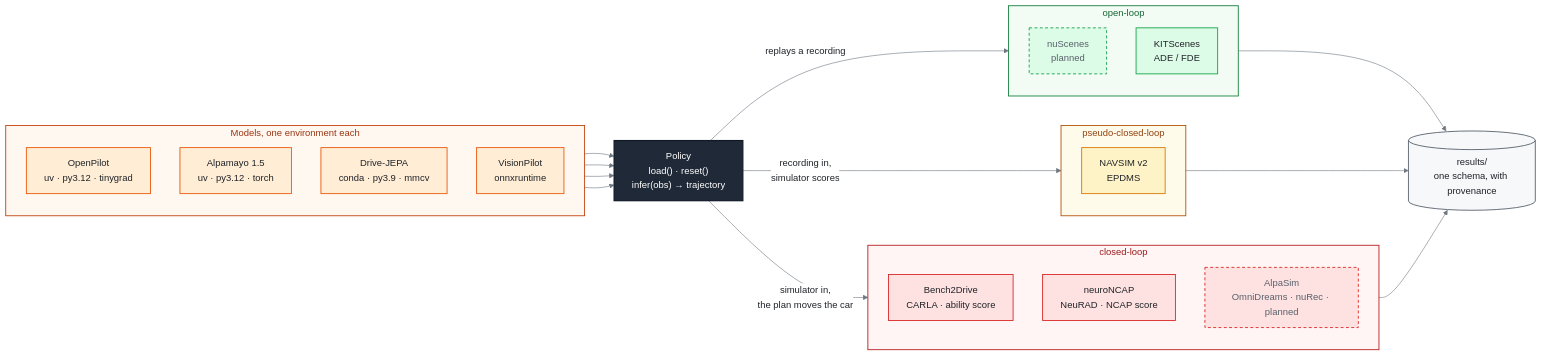
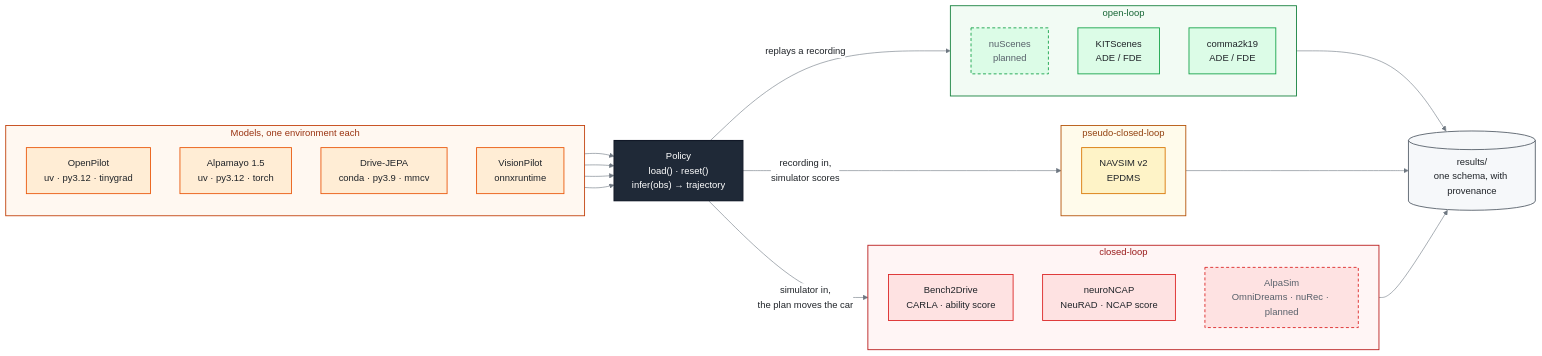
Before and after one commit to FastCodeAI/Paddock: the diagram in README.md, drawn with Mermaid. The commit also changed other lines of this file and 3 other files, not shown here.

````diff
--- a/README.md
+++ b/README.md
@@ -32,57 +32,58 @@
 ```mermaid
 %%{init: {"theme": "base", "themeVariables": {"primaryTextColor": "#1f2328", "lineColor": "#6e7781",
   "edgeLabelBackground": "#ffffff", "clusterBkg": "#ffffff", "clusterBorder": "#d0d7de"}}}%%
 flowchart LR
     subgraph models ["Models, one environment each"]
         direction TB
         op["OpenPilot<br/>uv · py3.12 · tinygrad"]
         al["Alpamayo 1.5<br/>uv · py3.12 · torch"]
         dj["Drive-JEPA<br/>conda · py3.9 · mmcv"]
         vp["VisionPilot<br/>onnxruntime"]
     end
 
     pol["Policy<br/>load() · reset()<br/>infer(obs) → trajectory"]
 
     subgraph open ["open-loop"]
         direction TB
         ns["nuScenes<br/>planned"]
         ks["KITScenes<br/>ADE / FDE"]
+        cm["comma2k19<br/>ADE / FDE"]
     end
     subgraph pseudo ["pseudo-closed-loop"]
         nv["NAVSIM v2<br/>EPDMS"]
     end
     subgraph closed ["closed-loop"]
         direction TB
         b2d["Bench2Drive<br/>CARLA · ability score"]
         nc["neuroNCAP<br/>NeuRAD · NCAP score"]
         alp["AlpaSim<br/>OmniDreams · nuRec · planned"]
     end
 
     res[("results/<br/>one schema, with provenance")]
 
     op & al & dj & vp --> pol
     pol -- "replays a recording" --> open
     pol -- "recording in,<br/>simulator scores" --> pseudo
     pol -- "simulator in,<br/>the plan moves the car" --> closed
     open & pseudo & closed --> res
 
     style models fill:#fff8f1,stroke:#c2410c,stroke-width:1.5px,color:#9a3412
     style open   fill:#f2fbf4,stroke:#15803d,stroke-width:1.5px,color:#166534
     style pseudo fill:#fffbeb,stroke:#b45309,stroke-width:1.5px,color:#92400e
     style closed fill:#fff5f5,stroke:#b91c1c,stroke-width:1.5px,color:#991b1b
 
     classDef model   fill:#ffedd5,stroke:#ea580c,stroke-width:1.5px,color:#1f2328
     classDef waist   fill:#1f2937,stroke:#111827,stroke-width:2px,color:#ffffff
     classDef ol      fill:#dcfce7,stroke:#16a34a,stroke-width:1.5px,color:#1f2328
     classDef pcl     fill:#fef3c7,stroke:#d97706,stroke-width:1.5px,color:#1f2328
     classDef cl      fill:#fee2e2,stroke:#dc2626,stroke-width:1.5px,color:#1f2328
     classDef planned stroke-dasharray:5 4,color:#57606a
     classDef store   fill:#f6f8fa,stroke:#57606a,stroke-width:1.5px,color:#1f2328
     class op,al,dj,vp model
     class pol waist
-    class ns,ks ol
+    class ns,ks,cm ol
     class nv pcl
     class b2d,nc,alp cl
     class ns,alp planned
     class res store
 ```
````
